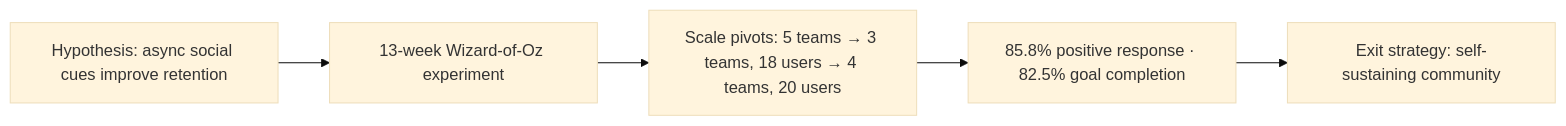
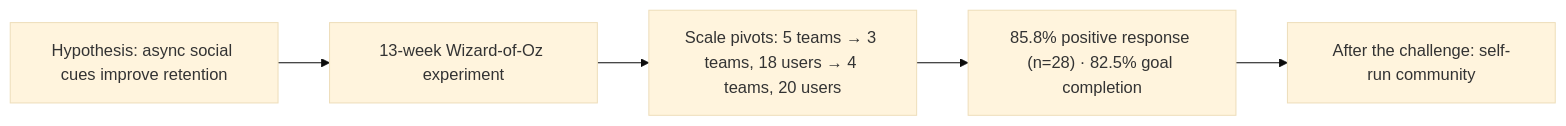
One commit to SUNWOOKLEE04/SUNWOOKLEE04 changed the second of 2 diagrams in README.en.md. Above: the diagram before and after it, drawn with Mermaid (base theme). The commit also changed other lines of this file, not shown here.

````diff
--- a/README.en.md
+++ b/README.en.md
@@ -177,7 +195,7 @@
 ```mermaid
 flowchart LR
   H["Hypothesis: async social cues improve retention"] --> E["13-week Wizard-of-Oz experiment"]
   E --> P["Scale pivots: 5 teams → 3 teams, 18 users → 4 teams, 20 users"]
-  P --> R["85.8% positive response · 82.5% goal completion"]
-  R --> X["Exit strategy: self-sustaining community"]
+  P --> R["85.8% positive response (n=28) · 82.5% goal completion"]
+  R --> X["After the challenge: self-run community"]
 ```
````
